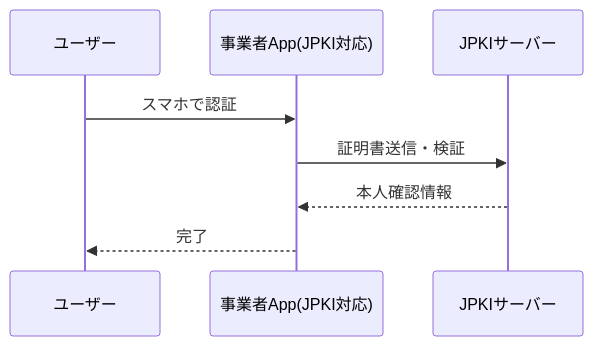
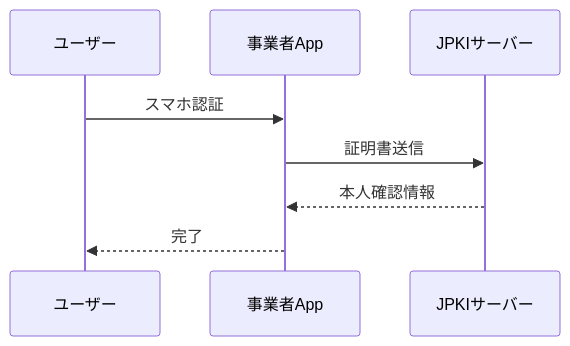
Before and after one commit to CiderH2CO3/study-hanshuho: diagram 13 of 21 in hanshuho.md, drawn with Mermaid. The commit also changed other lines of this file and 1 other file, not shown here.

````diff
--- a/hanshuho.md
+++ b/hanshuho.md
@@ -519,10 +465,10 @@
 ```mermaid
 sequenceDiagram
     participant User as ユーザー
-    participant App as 事業者App(JPKI対応)
+    participant App as 事業者App
     participant JPKI as JPKIサーバー
-    User->>App: スマホで認証
-    App->>JPKI: 証明書送信・検証
+    User->>App: スマホ認証
+    App->>JPKI: 証明書送信
     JPKI-->>App: 本人確認情報
     App-->>User: 完了
 ```
````
